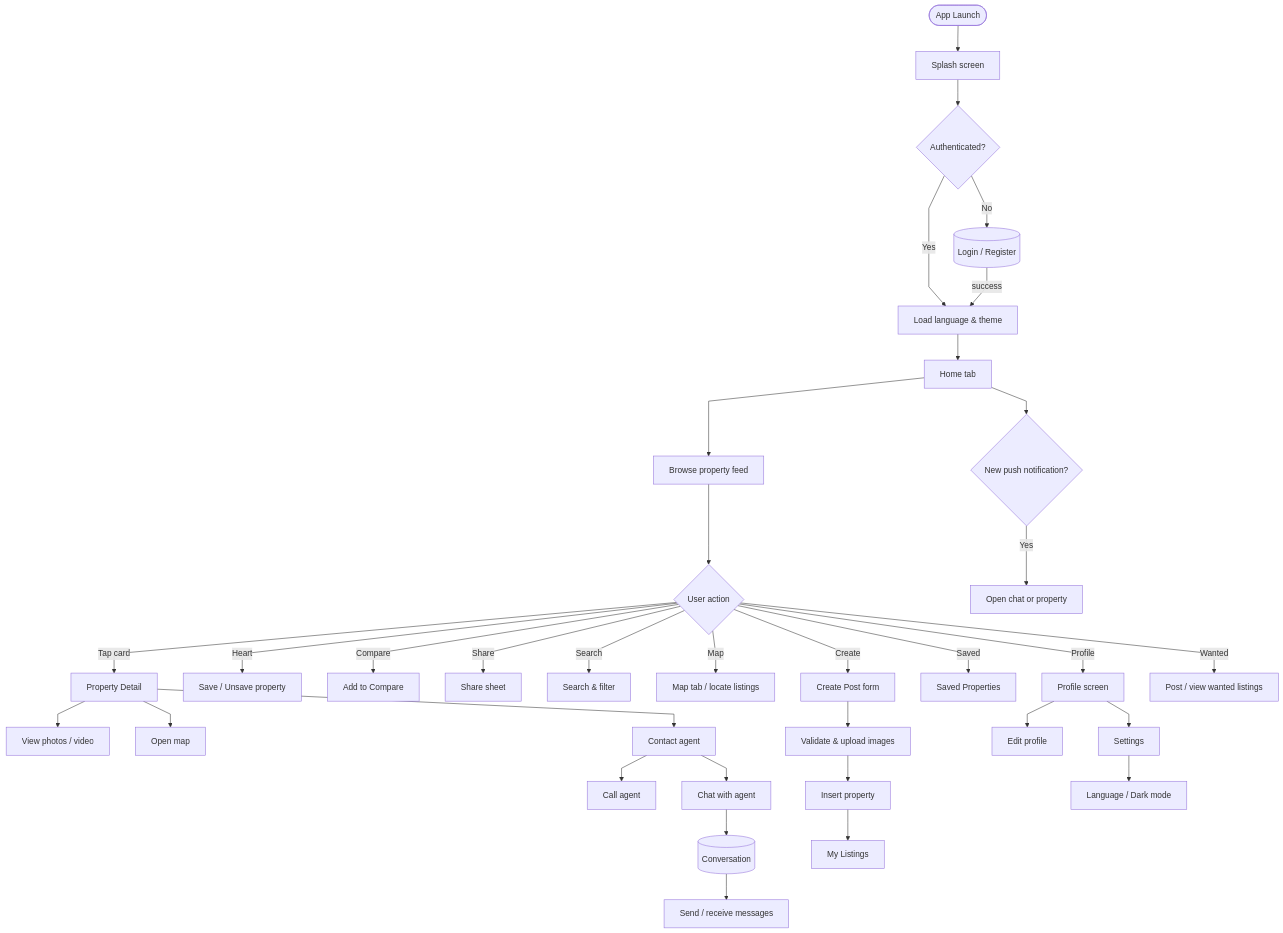
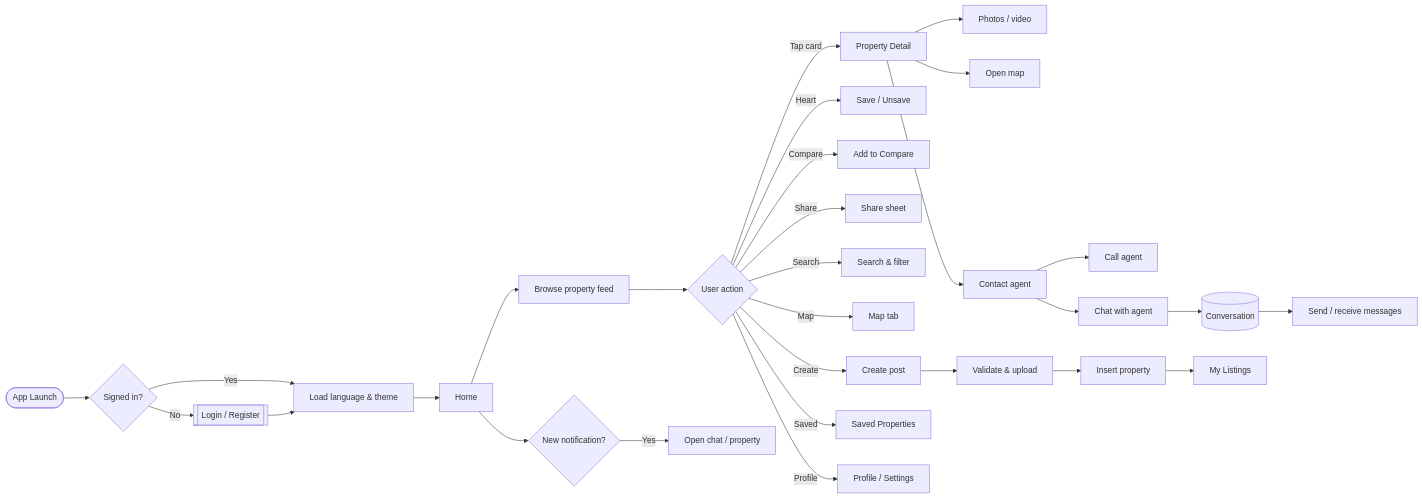
The first of 5 diagrams in docs/diagrams/README.md (thetnaung-dev/Internship), drawn with Mermaid before and after one commit. The commit also changed 1 other file, not shown here.

Commit message:
docs: compact flowchart (LR layout, merged nodes)

````diff
--- a/docs/diagrams/README.md
+++ b/docs/diagrams/README.md
@@ -15,42 +15,35 @@
 ```mermaid
-%%{init: {"flowchart": {"curve": "linear"}} }%%
-flowchart TD
-    A([App Launch]) --> B[Splash screen]
-    B --> C{Authenticated?}
-    C -- No --> D[(Login / Register)]
-    C -- Yes --> E[Load language & theme]
-    D -- success --> E
-    E --> F[Home tab]
+flowchart LR
+    A([App Launch]) --> B{Signed in?}
+    B -- No --> C[[Login / Register]]
+    B -- Yes --> D[Load language & theme]
+    C --> D
+    D --> E[Home]
 
-    F --> G[Browse property feed]
-    G --> H{User action}
-    H -- Tap card --> I[Property Detail]
-    H -- Heart --> J[Save / Unsave property]
-    H -- Compare --> K[Add to Compare]
-    H -- Share --> L[Share sheet]
+    E --> F[Browse property feed]
+    F --> G{User action}
+    G -- Tap card --> H[Property Detail]
+    G -- Heart --> I[Save / Unsave]
+    G -- Compare --> J[Add to Compare]
+    G -- Share --> K[Share sheet]
 
-    I --> M[View photos / video]
-    I --> N[Open map]
-    I --> O[Contact agent]
-    O --> P[Call agent]
-    O --> Q[Chat with agent]
+    H --> L[Photos / video]
+    H --> M[Open map]
+    H --> N[Contact agent]
+    N --> O[Call agent]
+    N --> P[Chat with agent]
+    P --> Q[(Conversation)]
+    Q --> R[Send / receive messages]
 
-    Q --> R[(Conversation)]
-    R --> S[Send / receive messages]
+    G -- Search --> S[Search & filter]
+    G -- Map --> T[Map tab]
+    G -- Create --> U[Create post]
+    U --> V[Validate & upload]
+    V --> W[Insert property]
+    W --> X[My Listings]
+    G -- Saved --> Y[Saved Properties]
+    G -- Profile --> Z[Profile / Settings]
 
-    H -- Search --> T[Search & filter]
-    H -- Map --> U[Map tab / locate listings]
-    H -- Create --> V[Create Post form]
-    V --> W[Validate & upload images]
-    W --> X[Insert property]
-    X --> Y[My Listings]
-    H -- Saved --> Z[Saved Properties]
-    H -- Profile --> AA[Profile screen]
-    AA --> AB[Edit profile]
-    AA --> AC[Settings]
-    AC --> AD[Language / Dark mode]
-    H -- Wanted --> AE[Post / view wanted listings]
-
-    F --> AF{New push notification?}
-    AF -- Yes --> AG[Open chat or property]
+    E --> AA{New notification?}
+    AA -- Yes --> AB[Open chat / property]
 ```
````
